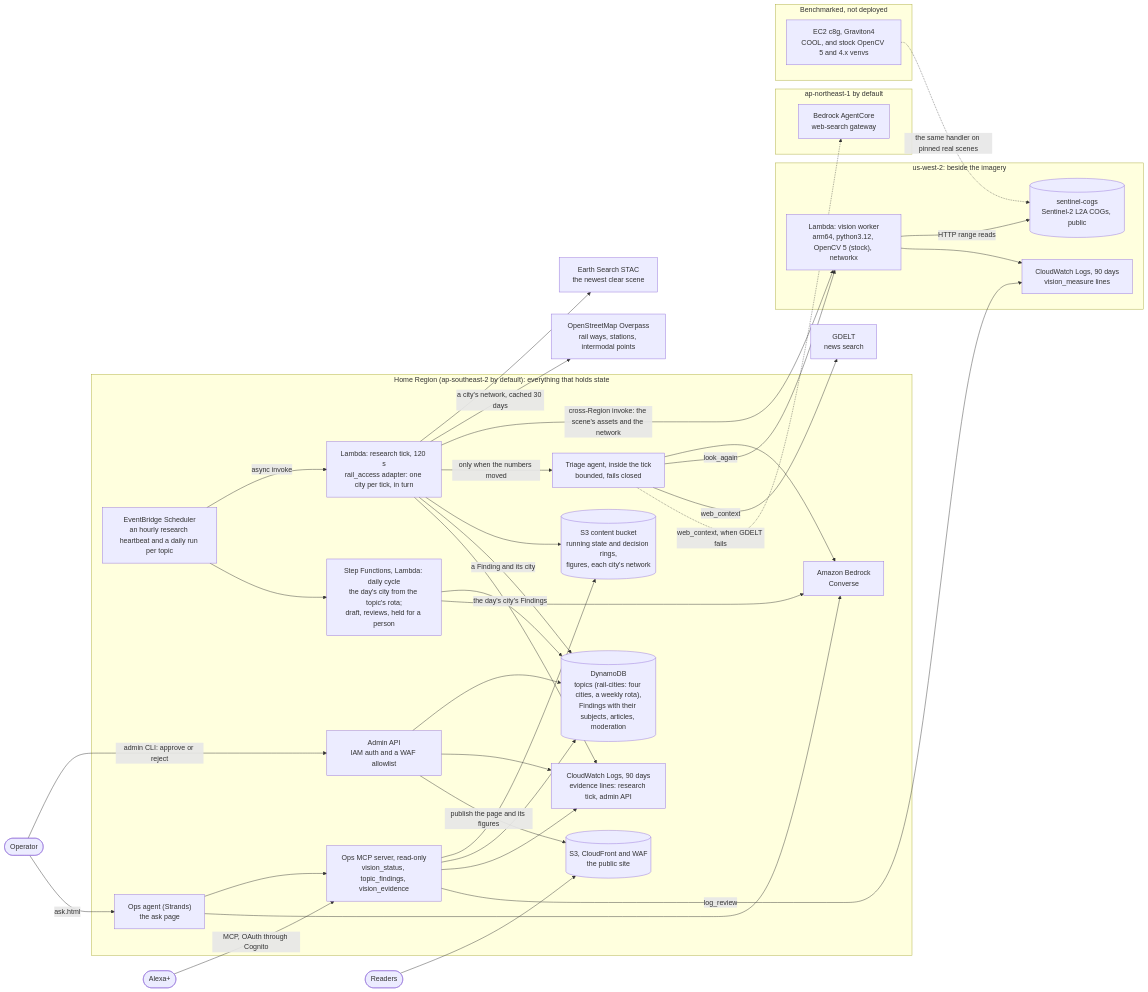
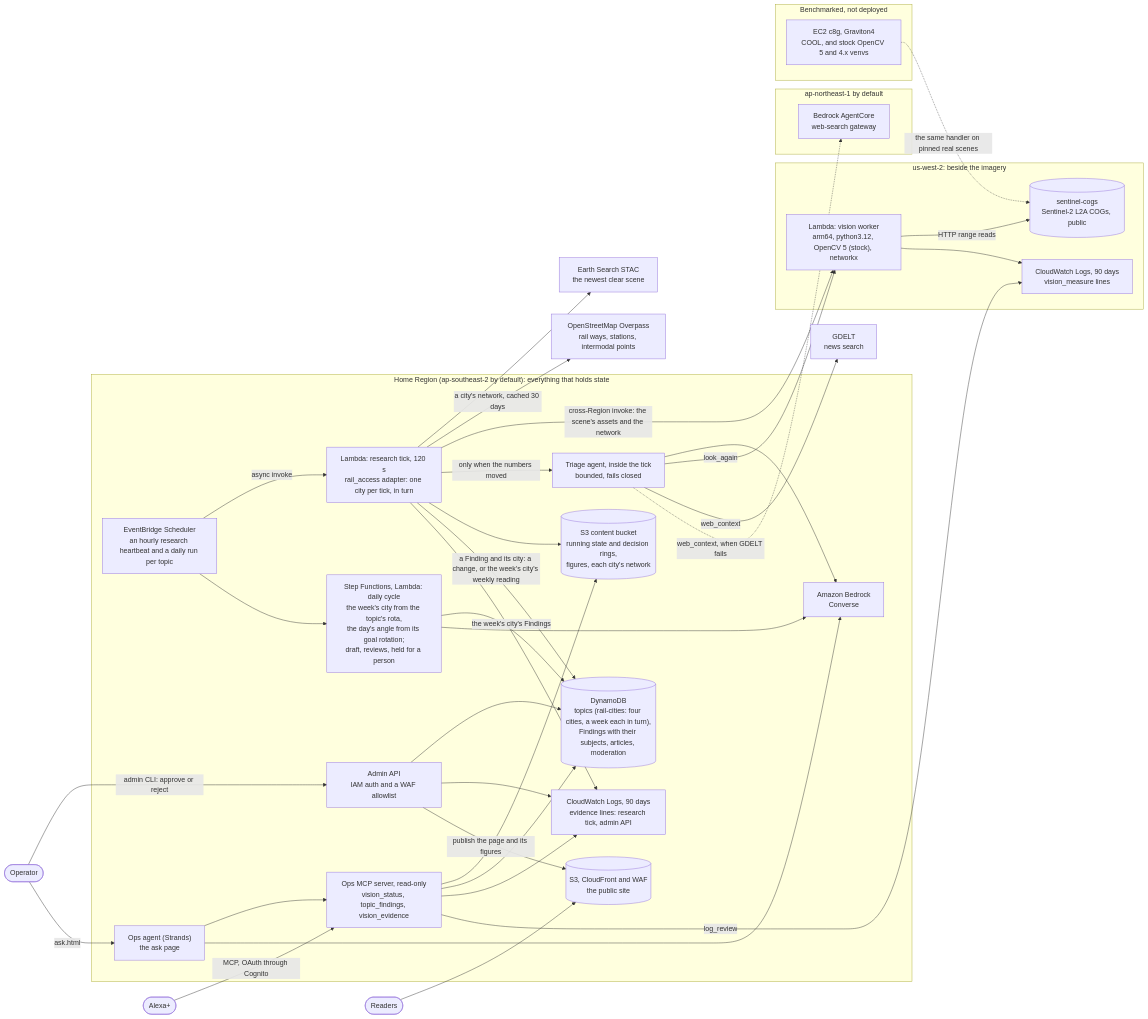
One commit to AllainWoodsford/BloggerBear changed the diagram in docs/hackathon/diagrams/architecture.mmd. Above: the diagram before and after it, drawn with Mermaid. The commit also changed 13 other files, not shown here.

```diff
--- a/docs/hackathon/diagrams/architecture.mmd
+++ b/docs/hackathon/diagrams/architecture.mmd
@@ -1,64 +1,64 @@
 flowchart LR
   subgraph home["Home Region (ap-southeast-2 by default): everything that holds state"]
     sched["EventBridge Scheduler<br/>an hourly research heartbeat and a daily run per topic"]
     tick["Lambda: research tick, 120 s<br/>rail_access adapter: one city per tick, in turn"]
     agent["Triage agent, inside the tick<br/>bounded, fails closed"]
-    sfn["Step Functions, Lambda: daily cycle<br/>the day's city from the topic's rota;<br/>draft, reviews, held for a person"]
+    sfn["Step Functions, Lambda: daily cycle<br/>the week's city from the topic's rota,<br/>the day's angle from its goal rotation;<br/>draft, reviews, held for a person"]
     bedrock["Amazon Bedrock<br/>Converse"]
     s3c[("S3 content bucket<br/>running state and decision rings,<br/>figures, each city's network")]
-    ddb[("DynamoDB<br/>topics (rail-cities: four cities, a weekly rota),<br/>Findings with their subjects, articles, moderation")]
+    ddb[("DynamoDB<br/>topics (rail-cities: four cities, a week each in turn),<br/>Findings with their subjects, articles, moderation")]
     api["Admin API<br/>IAM auth and a WAF allowlist"]
     site[("S3, CloudFront and WAF<br/>the public site")]
     logs["CloudWatch Logs, 90 days<br/>evidence lines: research tick, admin API"]
     mcp["Ops MCP server, read-only<br/>vision_status, topic_findings, vision_evidence"]
     opsagent["Ops agent (Strands)<br/>the ask page"]
   end
   subgraph west["us-west-2: beside the imagery"]
     worker["Lambda: vision worker<br/>arm64, python3.12, OpenCV 5 (stock), networkx"]
     cogs[("sentinel-cogs<br/>Sentinel-2 L2A COGs, public")]
     wlogs["CloudWatch Logs, 90 days<br/>vision_measure lines"]
   end
   subgraph tokyo["ap-northeast-1 by default"]
     gateway["Bedrock AgentCore<br/>web-search gateway"]
   end
   subgraph bench["Benchmarked, not deployed"]
     c8g["EC2 c8g, Graviton4<br/>COOL, and stock OpenCV 5 and 4.x venvs"]
   end
   stac["Earth Search STAC<br/>the newest clear scene"]
   osm["OpenStreetMap Overpass<br/>rail ways, stations, intermodal points"]
   gdelt["GDELT<br/>news search"]
   operator(["Operator"])
   alexa(["Alexa+"])
   readers(["Readers"])
 
   sched -- "async invoke" --> tick
   sched --> sfn
   tick --> stac
   tick -- "a city's network, cached 30 days" --> osm
   tick -- "cross-Region invoke: the scene's assets and the network" --> worker
   worker -- "HTTP range reads" --> cogs
   worker --> wlogs
   tick -- "only when the numbers moved" --> agent
   agent --> bedrock
   agent -- "look_again" --> worker
   agent -- "web_context" --> gdelt
   agent -. "web_context, when GDELT fails" .-> gateway
   tick --> s3c
-  tick -- "a Finding and its city" --> ddb
+  tick -- "a Finding and its city: a change, or the week's city's weekly reading" --> ddb
   tick --> logs
-  sfn -- "the day's city's Findings" --> ddb
+  sfn -- "the week's city's Findings" --> ddb
   sfn --> bedrock
   operator -- "admin CLI: approve or reject" --> api
   api --> ddb
   api --> logs
   api -- "publish the page and its figures" --> site
   readers --> site
   operator -- "ask.html" --> opsagent
   opsagent --> mcp
   opsagent --> bedrock
   alexa -- "MCP, OAuth through Cognito" --> mcp
   mcp --> s3c
   mcp --> ddb
   mcp --> logs
   mcp -- "log_review" --> wlogs
   c8g -. "the same handler on pinned real scenes" .-> cogs
```
